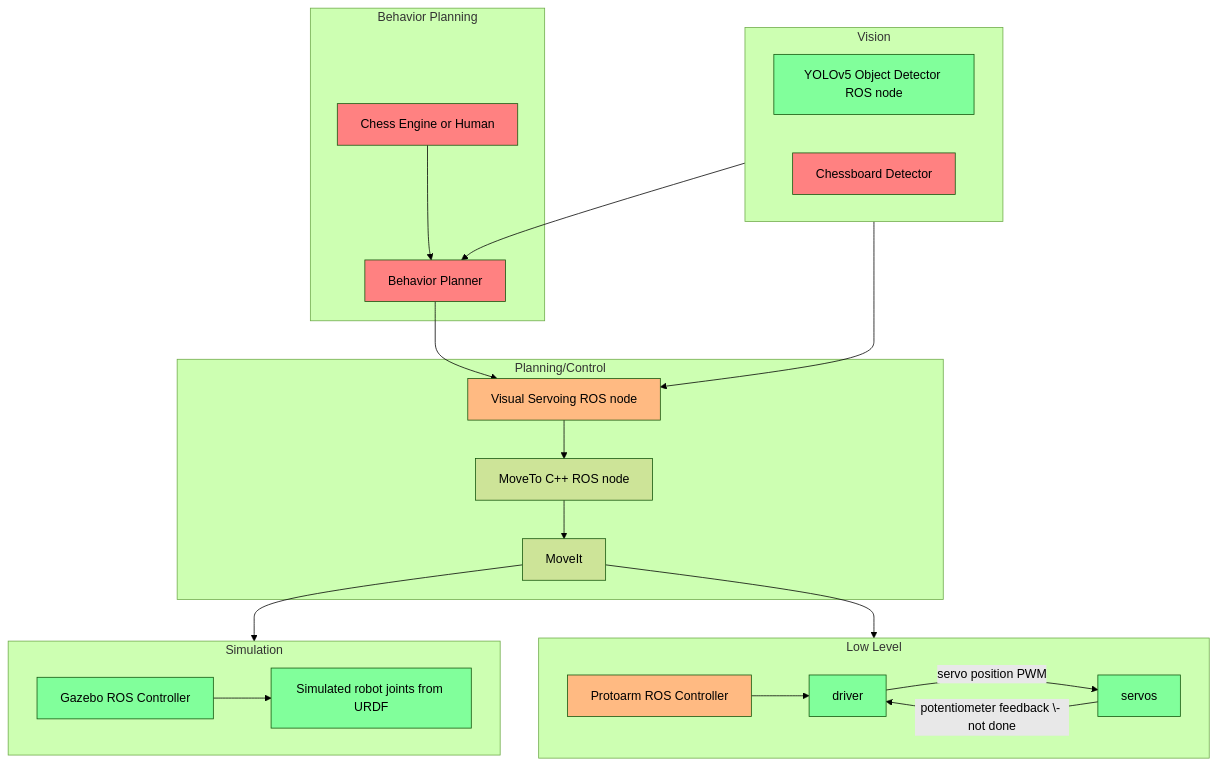
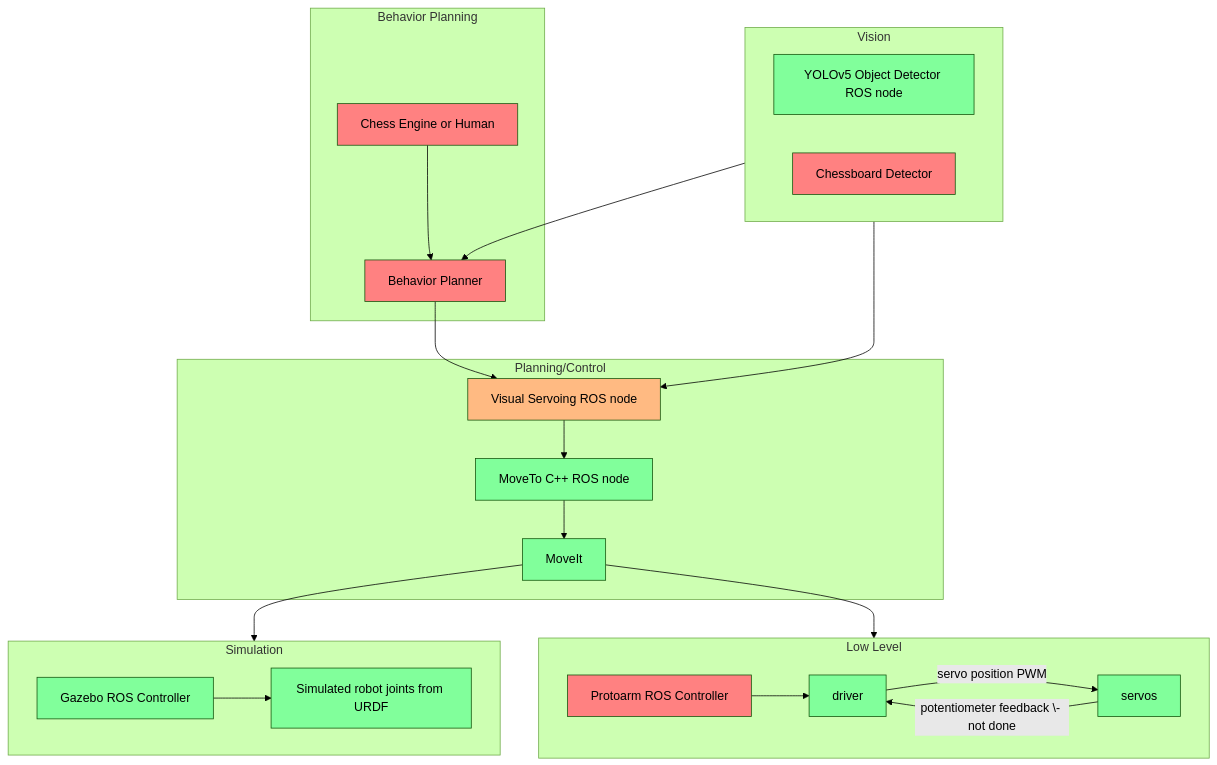
One commit to revanthsenthil/wiki changed the first of 4 diagrams in wiki/robot-arm/software.md. Above: the diagram before and after it, drawn with Mermaid (forest theme).

Commit message:
updated task stages

````diff
--- a/wiki/robot-arm/software.md
+++ b/wiki/robot-arm/software.md
@@ -25,74 +25,74 @@
 ```mermaid
 graph
   subgraph Behavior Planning 
     BP1[Behavior Planner]
     BP2[Chess Engine or Human]
     %% BP3[RL Policy]
   end
   subgraph Low Level
     direction LR
     LL1[Protoarm ROS Controller]
     LL2[driver]
     LL3[servos] 
   end
   subgraph Simulation
     direction LR
     S1[Gazebo ROS Controller]
     S2[Simulated robot joints from URDF] 
   end
   subgraph Vision 
     direction LR
     V1[YOLOv5 Object Detector ROS node]
     V2[Chessboard Detector] 
   end
   subgraph Planning/Control
     PC1[Visual Servoing ROS node] 
     PC2[MoveTo C++ ROS node]
     PC3[MoveIt] 
   end
 
   %% Low level
   LL2 -- servo position PWM --> LL3
   LL3 -- potentiometer feedback \- not done --> LL2
   LL1 --> LL2
 
   %% Behavior Planning
   BP2 --> BP1 
   BP1 --> PC1 
 
   %% Vision 
   V2 --> BP1 
   V1 --> PC1
 
   %% Simulation 
   S1 --> S2
   
   %% Planning/Control 
   PC1 --> PC2
   PC2 --> PC3
   PC3 --> S1
   PC3 --> LL1
 
   %% Links
   click LL1 href "http://wiki.purduearc.com/wiki/robot-arm/software#controller" "Sensors"
   click LL2 href "http://wiki.purduearc.com/wiki/robot-arm/software#driver" "Sensors"
 
   click PC1 href "http://wiki.purduearc.com/wiki/robot-arm/software#visual-servoing" "Sensors"
   click PC2 href "http://wiki.purduearc.com/wiki/robot-arm/software#kinematics-and-planning" "Sensors"
   click PC3 "https://moveit.ros.org/assets/images/diagrams/moveit_pipeline.png" "Open this in a new tab" _blank
 
   click BP1 href "http://wiki.purduearc.com/wiki/robot-arm/software#behavior-planner" "Sensors"
 
   click S1 href "http://wiki.purduearc.com/wiki/robot-arm/software#simulation" "Sensors"
   click S2 href "http://wiki.purduearc.com/wiki/robot-arm/software#simulation" "Sensors"
 
   click V1 href "http://wiki.purduearc.com/wiki/robot-arm/software#chess-piece-detection" "Sensors"
   click V2 href "http://wiki.purduearc.com/wiki/robot-arm/software#chessboard-detection" "Sensors"
 
   classDef not_started fill:#ff8181
   classDef in_progress fill:#ffba82
   classDef done fill:#81ff9b
-  class BP1,BP2,BP3,V2 not_started
-  class PC1,LL1 in_progress
-  class S1,S2,LL2,LL3,V1 done
+  class BP1,LL1,BP2,BP3,V2 not_started
+  class PC1 in_progress
+  class S1,S2,LL2,LL3,V1,PC2,PC3 done
 ```
````
